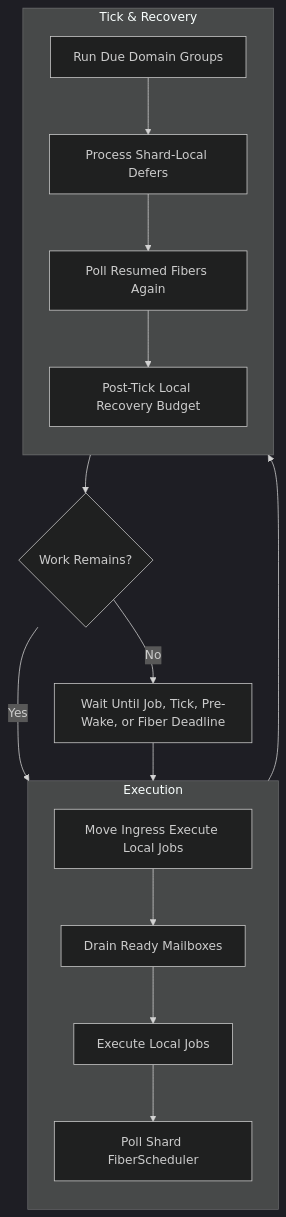
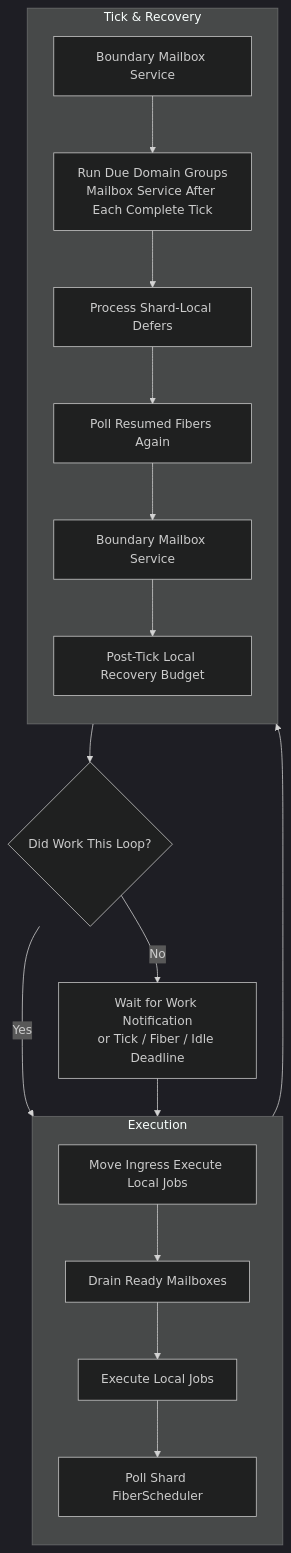
The second of 2 diagrams in content/Projects/Jam/Execution Model/03. Owner-Local Serial Execution.md (akxotjr/akxotjr.github.io), drawn with Mermaid (dark theme) before and after one commit. The commit also changed other lines of this file and 34 other files, not shown here.

````diff
--- a/content/Projects/Jam/Execution Model/03. Owner-Local Serial Execution.md
+++ b/content/Projects/Jam/Execution Model/03. Owner-Local Serial Execution.md
@@ -48,34 +48,36 @@
 ```mermaid
 flowchart TB
 
     subgraph P1["Execution"]
         direction TB
 
         A["Move Ingress Execute Local Jobs"]
         B["Drain Ready Mailboxes"]
         C["Execute Local Jobs"]
         D["Poll Shard FiberScheduler"]
 
         A --> B --> C --> D
     end
 
     subgraph P2["Tick & Recovery"]
         direction TB
 
-        E["Run Due Domain Groups"]
+        Boundary1["Boundary Mailbox Service"]
+        E["Run Due Domain Groups<br/>Mailbox Service After Each Complete Tick"]
         F["Process Shard-Local Defers"]
         G["Poll Resumed Fibers Again"]
+        Boundary2["Boundary Mailbox Service"]
         H["Post-Tick Local Recovery Budget"]
 
-        E --> F --> G --> H
+        Boundary1 --> E --> F --> G --> Boundary2 --> H
     end
 
-    D --> E
+    D --> Boundary1
 
-    H --> I{"Work Remains?"}
+    H --> I{"Did Work This Loop?"}
 
     I -- Yes --> A
-    I -- No --> J["Wait Until Job, Tick, Pre-Wake, or Fiber Deadline"]
+    I -- No --> J["Wait for Work Notification<br/>or Tick / Fiber / Idle Deadline"]
 
     J --> A
 ```
````
